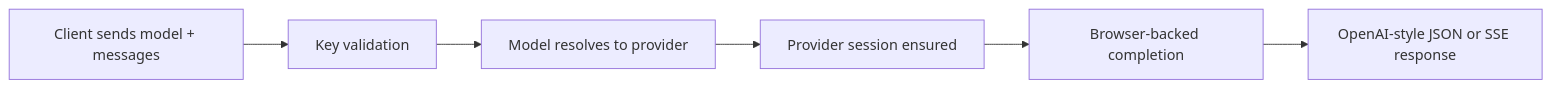
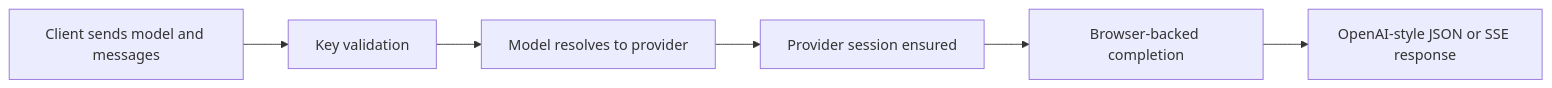
The eighth of 11 diagrams in README.md (Th3X-Zohir/cortex), drawn with Mermaid before and after one commit. The commit also changed other lines of this file and 2 other files, not shown here.

Commit message:
docs: update README with improved flowchart labels and add animated SVG walkthroughs for setup and request flow

````diff
--- a/README.md
+++ b/README.md
@@ -699,8 +699,8 @@
 ```mermaid
 flowchart LR
-    A[Client sends model + messages] --> B[Key validation]
-    B --> C[Model resolves to provider]
-    C --> D[Provider session ensured]
-    D --> E[Browser-backed completion]
-    E --> F[OpenAI-style JSON or SSE response]
+    A["Client sends model and messages"] --> B["Key validation"]
+    B --> C["Model resolves to provider"]
+    C --> D["Provider session ensured"]
+    D --> E["Browser-backed completion"]
+    E --> F["OpenAI-style JSON or SSE response"]
 ```
````
